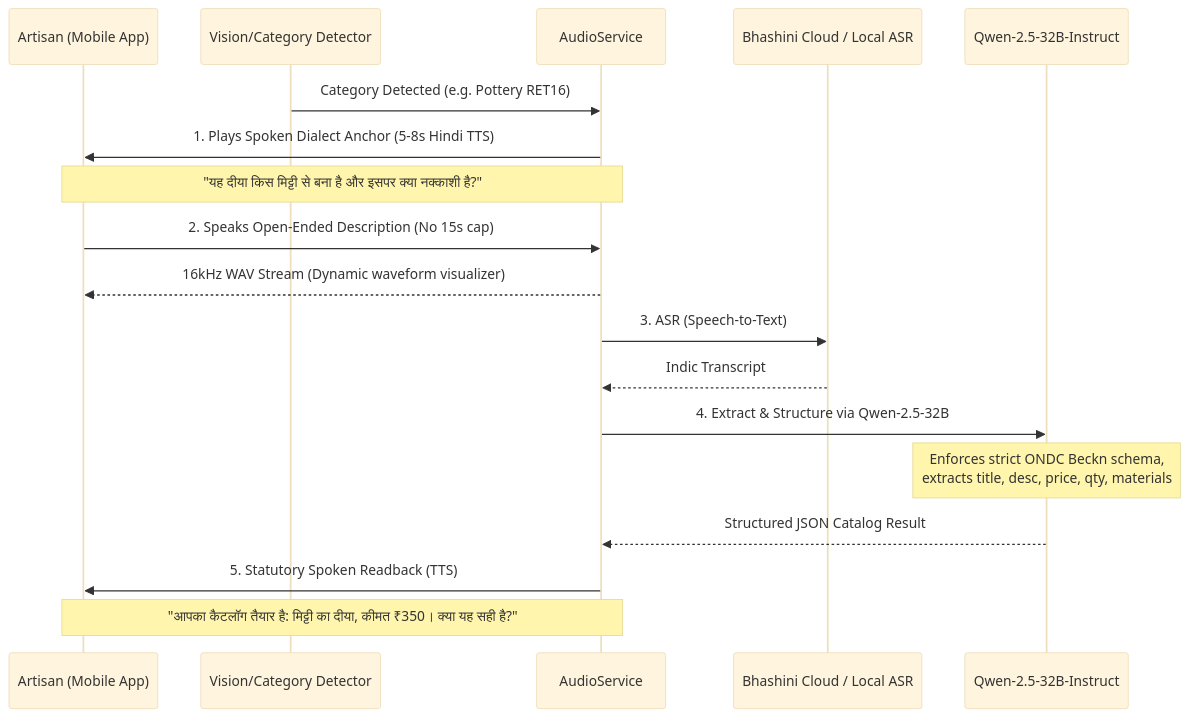
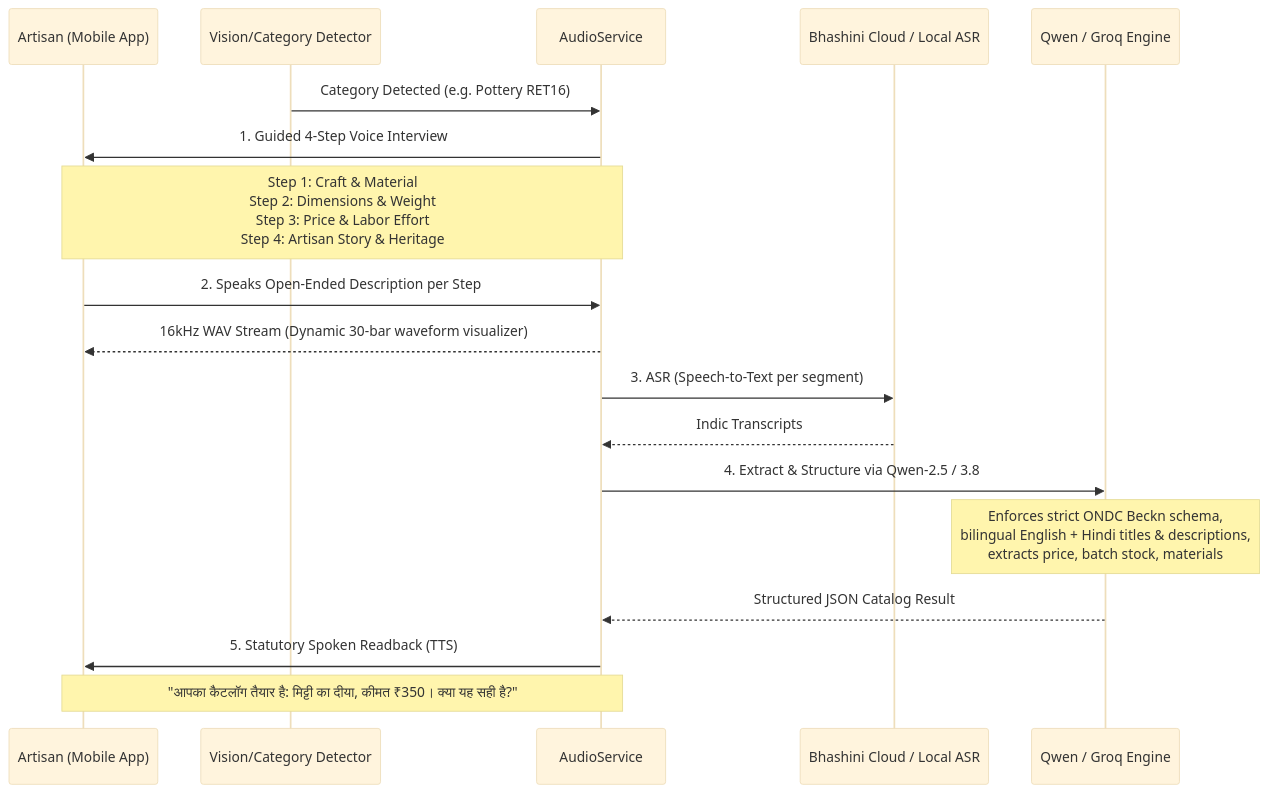
One commit to NotTheAmmar/project-zerotype changed the diagram in artifacts/voice-pipeline-architecture.md. Above: the diagram before and after it, drawn with Mermaid (base theme). The commit also changed other lines of this file and 12 other files, not shown here.

````diff
--- a/artifacts/voice-pipeline-architecture.md
+++ b/artifacts/voice-pipeline-architecture.md
@@ -9,25 +9,25 @@
 ```mermaid
 sequenceDiagram
     participant Artisan as Artisan (Mobile App)
     participant Vision as Vision/Category Detector
     participant Audio as AudioService
     participant Bhashini as Bhashini Cloud / Local ASR
-    participant Qwen as Qwen-2.5-32B-Instruct
+    participant Qwen as Qwen / Groq Engine
     
     Vision->>Audio: Category Detected (e.g. Pottery RET16)
-    Audio->>Artisan: 1. Plays Spoken Dialect Anchor (5-8s Hindi TTS)
-    Note over Artisan,Audio: "यह दीया किस मिट्टी से बना है और इसपर क्या नक्काशी है?"
+    Audio->>Artisan: 1. Guided 4-Step Voice Interview
+    Note over Artisan,Audio: Step 1: Craft & Material<br/>Step 2: Dimensions & Weight<br/>Step 3: Price & Labor Effort<br/>Step 4: Artisan Story & Heritage
     
-    Artisan->>Audio: 2. Speaks Open-Ended Description (No 15s cap)
-    Audio-->>Artisan: 16kHz WAV Stream (Dynamic waveform visualizer)
+    Artisan->>Audio: 2. Speaks Open-Ended Description per Step
+    Audio-->>Artisan: 16kHz WAV Stream (Dynamic 30-bar waveform visualizer)
     
-    Audio->>Bhashini: 3. ASR (Speech-to-Text)
-    Bhashini-->>Audio: Indic Transcript
+    Audio->>Bhashini: 3. ASR (Speech-to-Text per segment)
+    Bhashini-->>Audio: Indic Transcripts
     
-    Audio->>Qwen: 4. Extract & Structure via Qwen-2.5-32B
-    Note over Qwen: Enforces strict ONDC Beckn schema,<br/>extracts title, desc, price, qty, materials
+    Audio->>Qwen: 4. Extract & Structure via Qwen-2.5 / 3.8
+    Note over Qwen: Enforces strict ONDC Beckn schema,<br/>bilingual English + Hindi titles & descriptions,<br/>extracts price, batch stock, materials
     Qwen-->>Audio: Structured JSON Catalog Result
     
     Audio->>Artisan: 5. Statutory Spoken Readback (TTS)
     Note over Audio,Artisan: "आपका कैटलॉग तैयार है: मिट्टी का दीया, कीमत ₹350। क्या यह सही है?"
 ```
````
